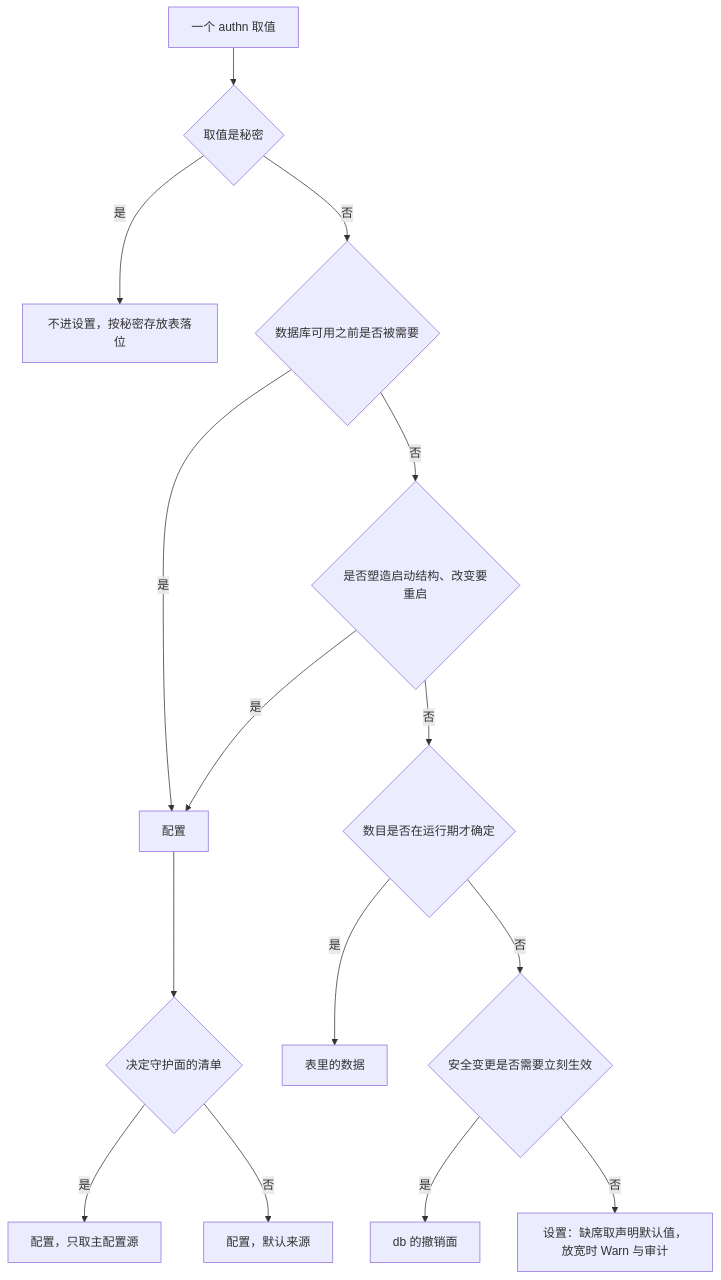
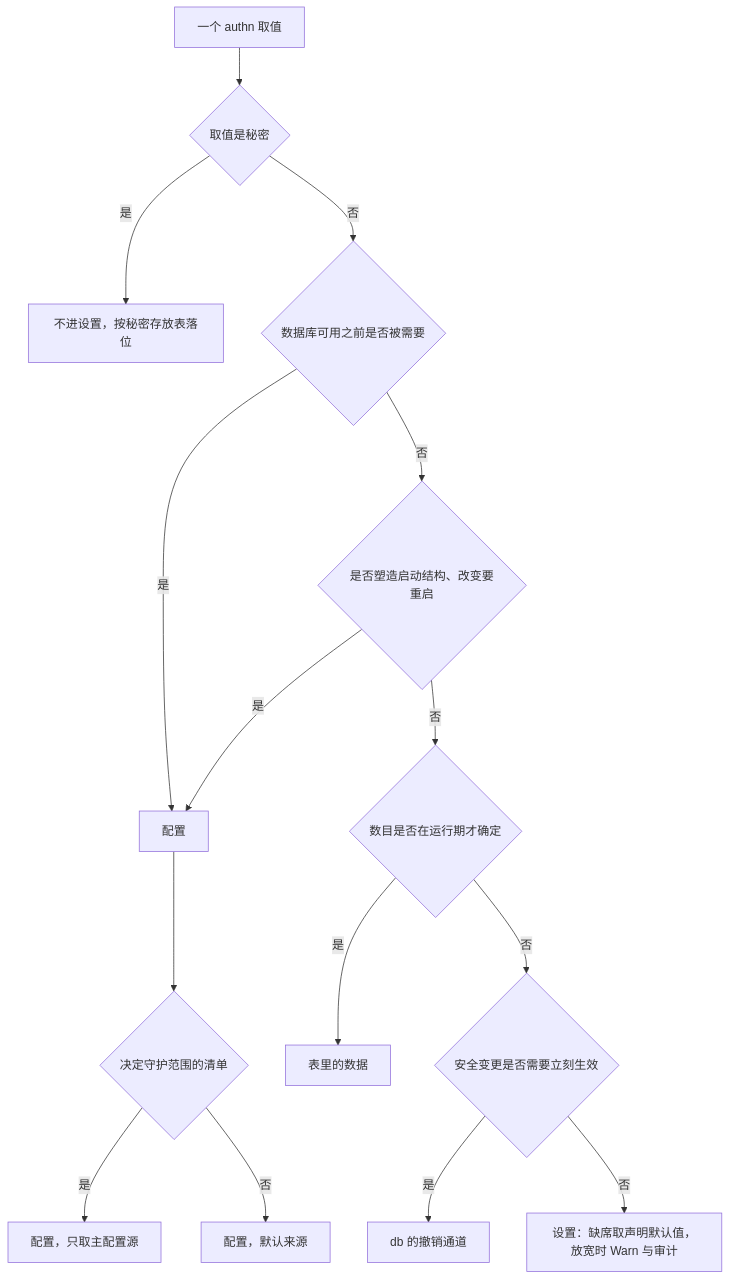
One commit to wangzw/speed changed the second of 3 diagrams in docs/design/modules/authn/design-authn-config.md. Above: the diagram before and after it, drawn with Mermaid. The commit also changed other lines of this file and 328 other files, not shown here.

````diff
--- a/docs/design/modules/authn/design-authn-config.md
+++ b/docs/design/modules/authn/design-authn-config.md
@@ -460,17 +460,17 @@
 ```mermaid
 flowchart TD
     V["一个 authn 取值"] --> Q0{"取值是秘密"}
     Q0 -- 是 --> SEC["不进设置，按秘密存放表落位"]
     Q0 -- 否 --> Q1{"数据库可用之前是否被需要"}
     Q1 -- 是 --> C["配置"]
     Q1 -- 否 --> Q1B{"是否塑造启动结构、改变要重启"}
     Q1B -- 是 --> C
     Q1B -- 否 --> Q2{"数目是否在运行期才确定"}
     Q2 -- 是 --> D["表里的数据"]
     Q2 -- 否 --> Q3{"安全变更是否需要立刻生效"}
-    Q3 -- 是 --> R["db 的撤销面"]
+    Q3 -- 是 --> R["db 的撤销通道"]
     Q3 -- 否 --> S["设置：缺席取声明默认值，放宽时 Warn 与审计"]
-    C --> Q5{"决定守护面的清单"}
+    C --> Q5{"决定守护范围的清单"}
     Q5 -- 是 --> M["配置，只取主配置源"]
     Q5 -- 否 --> O["配置，默认来源"]
 ```
````
